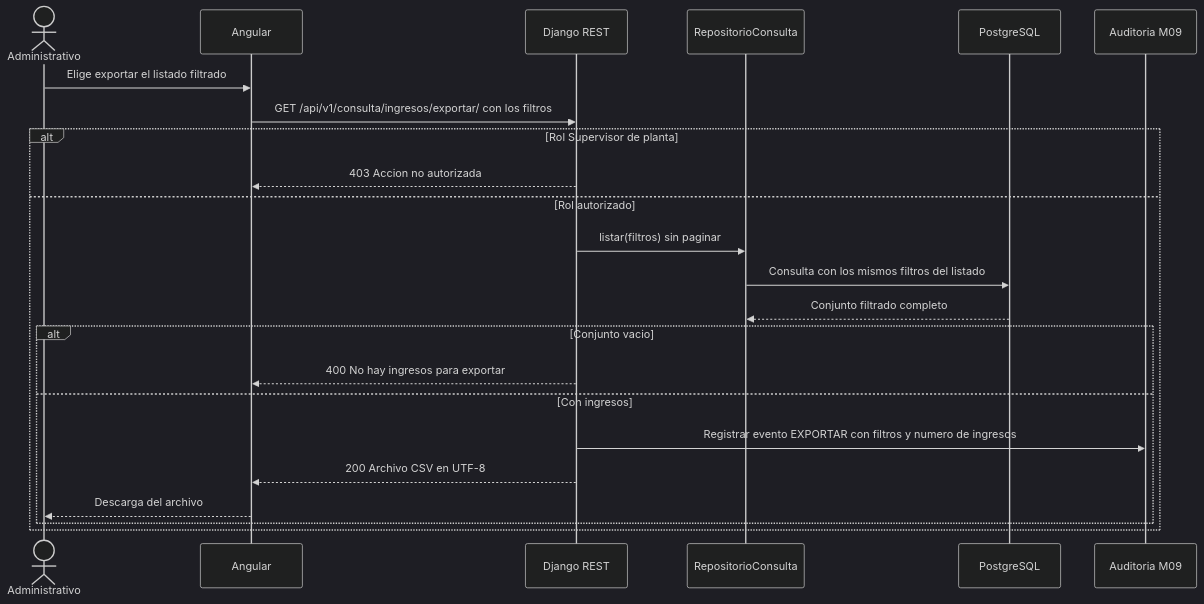
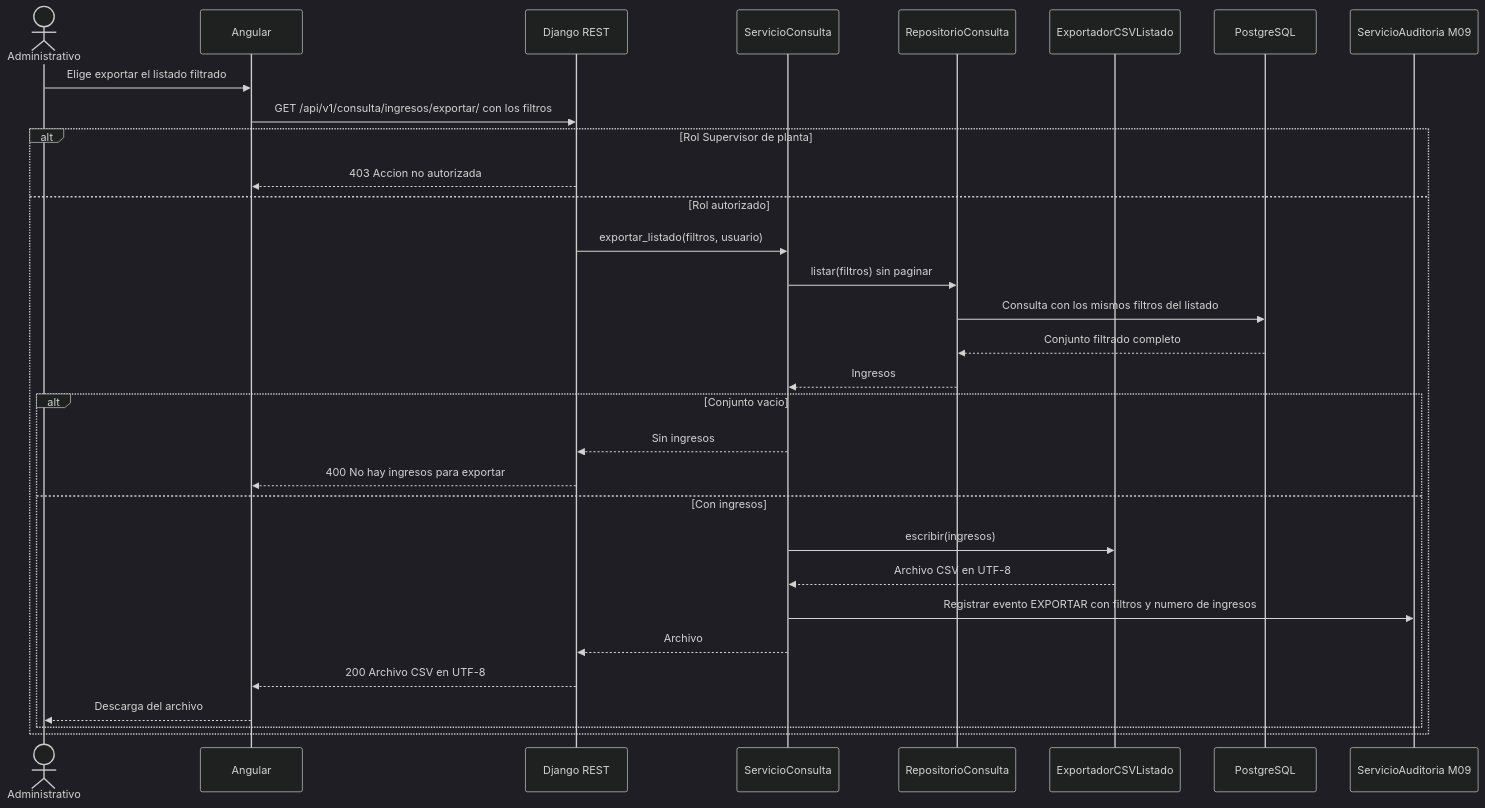
The fifth of 6 diagrams in docs/modulos/M07-consulta/diagramas/secuencia.md (adlerOmonte1/LogisticaMinera), drawn with Mermaid (dark theme) before and after one commit. The commit also changed 32 other files, not shown here.

````diff
--- a/docs/modulos/M07-consulta/diagramas/secuencia.md
+++ b/docs/modulos/M07-consulta/diagramas/secuencia.md
@@ -141,26 +141,34 @@
 ```mermaid
 sequenceDiagram
     actor A as Administrativo
     participant NG as Angular
     participant API as Django REST
+    participant SRV as ServicioConsulta
     participant REP as RepositorioConsulta
+    participant EXP as ExportadorCSVListado
     participant DB as PostgreSQL
-    participant AUD as Auditoria M09
+    participant AUD as ServicioAuditoria M09
 
     A->>NG: Elige exportar el listado filtrado
     NG->>API: GET /api/v1/consulta/ingresos/exportar/ con los filtros
     alt Rol Supervisor de planta
         API-->>NG: 403 Accion no autorizada
     else Rol autorizado
-        API->>REP: listar(filtros) sin paginar
+        API->>SRV: exportar_listado(filtros, usuario)
+        SRV->>REP: listar(filtros) sin paginar
         REP->>DB: Consulta con los mismos filtros del listado
         DB-->>REP: Conjunto filtrado completo
+        REP-->>SRV: Ingresos
         alt Conjunto vacio
+            SRV-->>API: Sin ingresos
             API-->>NG: 400 No hay ingresos para exportar
         else Con ingresos
-            API->>AUD: Registrar evento EXPORTAR con filtros y numero de ingresos
+            SRV->>EXP: escribir(ingresos)
+            EXP-->>SRV: Archivo CSV en UTF-8
+            SRV->>AUD: Registrar evento EXPORTAR con filtros y numero de ingresos
+            SRV-->>API: Archivo
             API-->>NG: 200 Archivo CSV en UTF-8
             NG-->>A: Descarga del archivo
         end
     end
 ```
````
